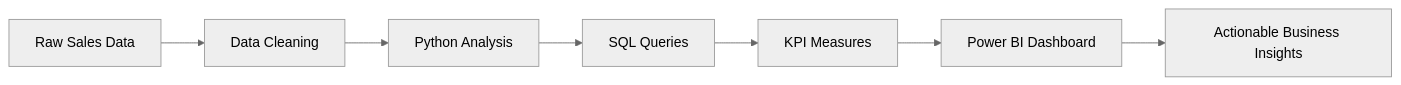
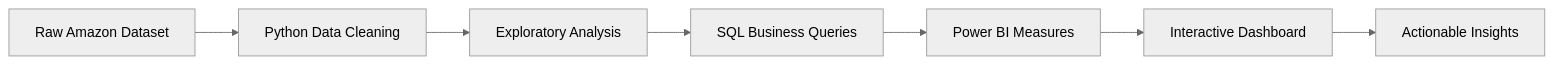
Before and after one commit to PriyankaT03/ecommerce-sales-analysis: the diagram in README.md, drawn with Mermaid (neutral theme). The commit also changed other lines of this file, not shown here.

````diff
--- a/README.md
+++ b/README.md
@@ -66,9 +61,9 @@
 ```mermaid
 flowchart LR
-A[Raw Sales Data] --> B[Data Cleaning]
-B --> C[Python Analysis]
-C --> D[SQL Queries]
-D --> E[KPI Measures]
-E --> F[Power BI Dashboard]
-F --> G[Actionable Business Insights]
+A[Raw Amazon Dataset] --> B[Python Data Cleaning]
+B --> C[Exploratory Analysis]
+C --> D[SQL Business Queries]
+D --> E[Power BI Measures]
+E --> F[Interactive Dashboard]
+F --> G[Actionable Insights]
 ```
````
